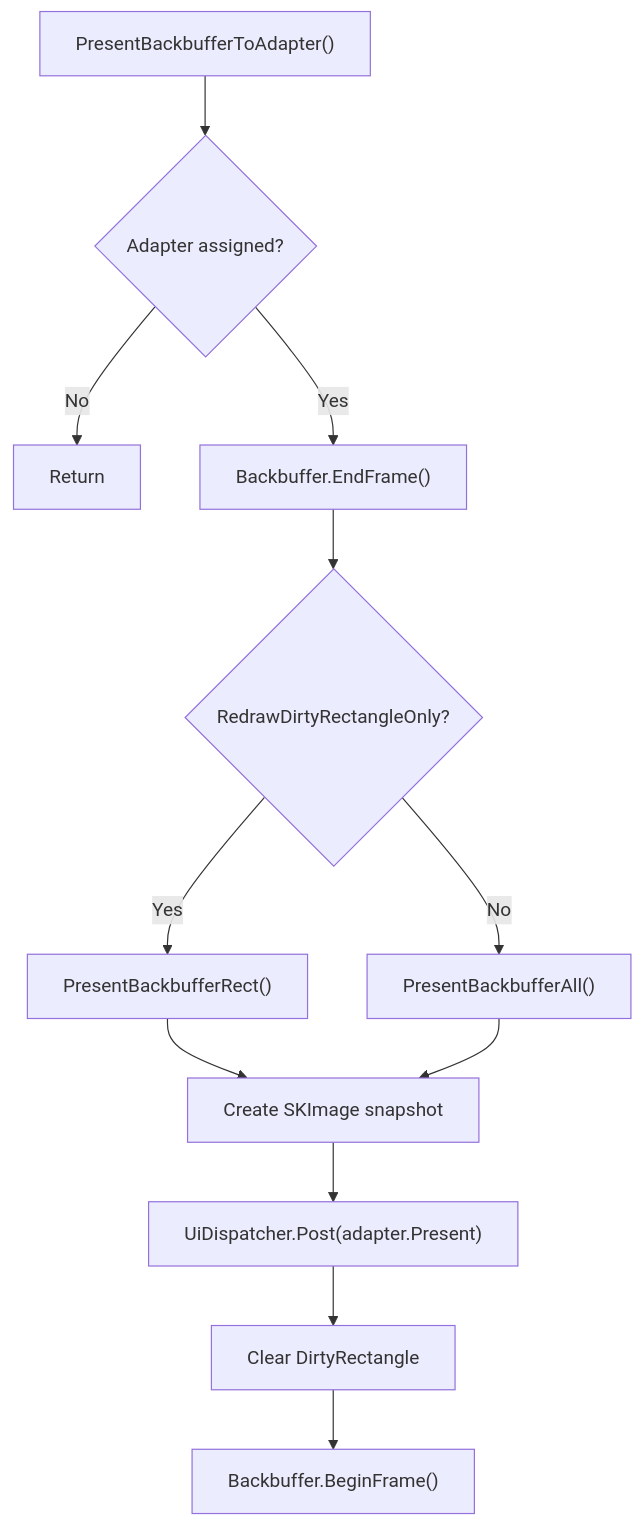
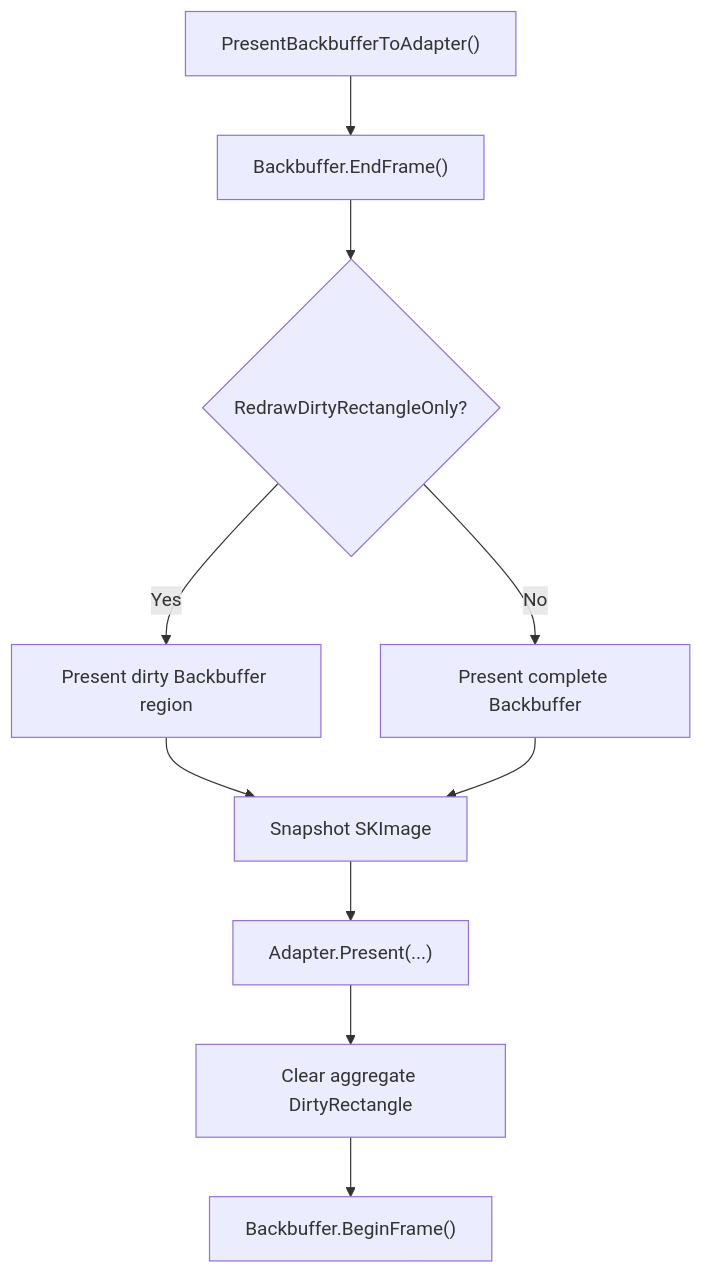
Before and after one commit to Isthimius/Gondwana: the fourth of 4 diagrams in docs/wiki/Bitmap-Rendering-Path.md, drawn with Mermaid. The commit also changed other lines of this file, not shown here.

````diff
--- a/docs/wiki/Bitmap-Rendering-Path.md
+++ b/docs/wiki/Bitmap-Rendering-Path.md
@@ -254,14 +212,12 @@
 ```mermaid
 flowchart TD
-    A["PresentBackbufferToAdapter()"] --> B{"Adapter assigned?"}
-    B -- No --> Z["Return"]
-    B -- Yes --> C["Backbuffer.EndFrame()"]
-    C --> D{"RedrawDirtyRectangleOnly?"}
-    D -- Yes --> E["PresentBackbufferRect()"]
-    D -- No --> F["PresentBackbufferAll()"]
-    E --> G["Create SKImage snapshot"]
-    F --> G
-    G --> H["UiDispatcher.Post(adapter.Present)"]
-    H --> I["Clear DirtyRectangle"]
-    I --> J["Backbuffer.BeginFrame()"]
+    A["PresentBackbufferToAdapter()"] --> B["Backbuffer.EndFrame()"]
+    B --> C{"RedrawDirtyRectangleOnly?"}
+    C -- Yes --> D["Present dirty Backbuffer region"]
+    C -- No --> E["Present complete Backbuffer"]
+    D --> F["Snapshot SKImage"]
+    E --> F
+    F --> G["Adapter.Present(...)"]
+    G --> H["Clear aggregate DirtyRectangle"]
+    H --> I["Backbuffer.BeginFrame()"]
 ```
````
